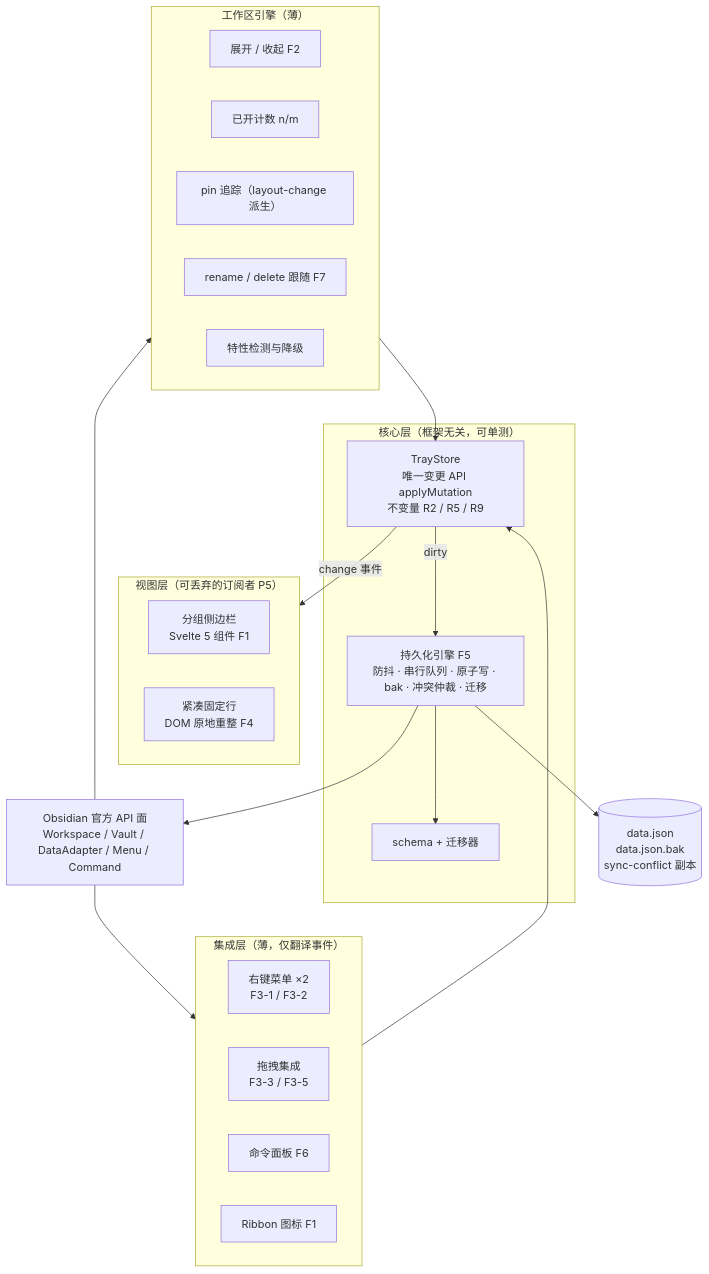
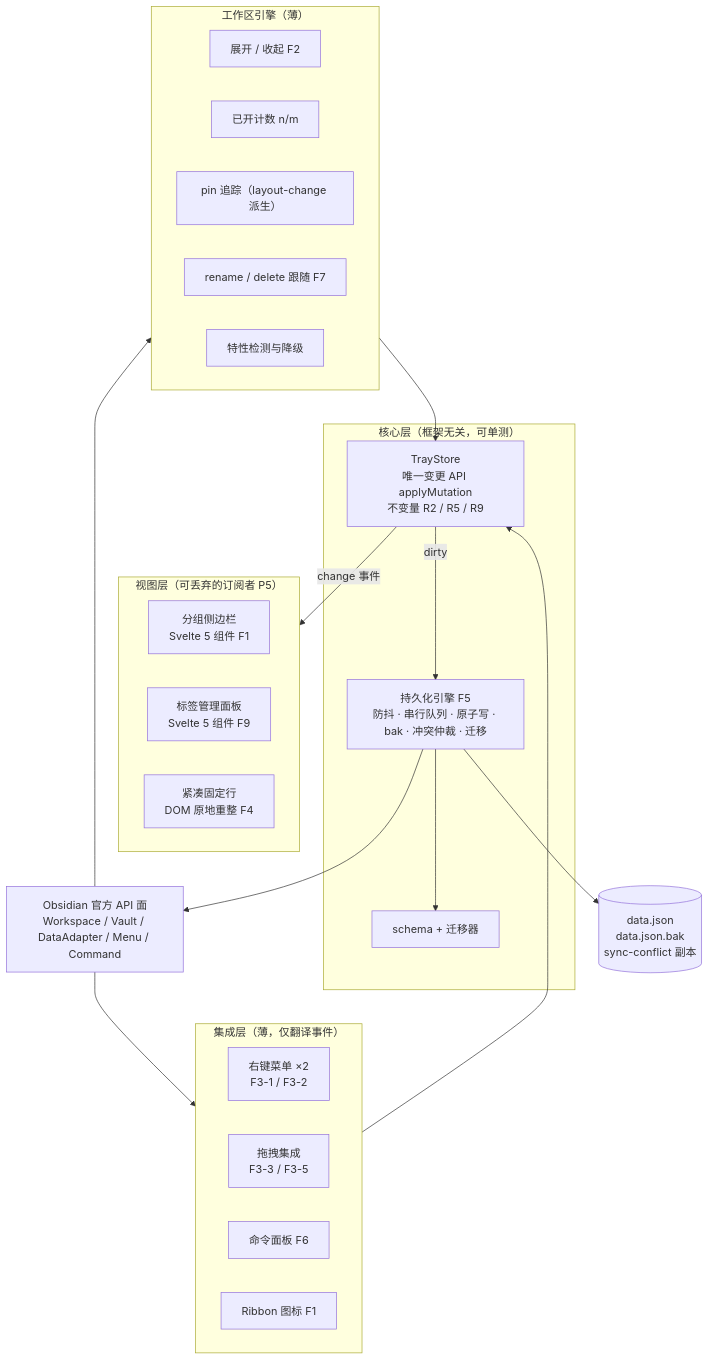
The first of 4 diagrams in docs/DESIGN.md (iceblyte/tab-tray), drawn with Mermaid before and after one commit. The commit also changed other lines of this file and 5 other files, not shown here.

````diff
--- a/docs/DESIGN.md
+++ b/docs/DESIGN.md
@@ -50,40 +50,41 @@
 ```mermaid
 flowchart TB
     OBS["Obsidian 官方 API 面<br/>Workspace / Vault / DataAdapter / Menu / Command"]
 
     subgraph INT["集成层（薄，仅翻译事件）"]
         MENU["右键菜单 ×2<br/>F3-1 / F3-2"]
         DND["拖拽集成<br/>F3-3 / F3-5"]
         CMD["命令面板 F6"]
         RIB["Ribbon 图标 F1"]
     end
 
     subgraph ENG["工作区引擎（薄）"]
         EXCOL["展开 / 收起 F2"]
         CNT["已开计数 n/m"]
         PIN["pin 追踪（layout-change 派生）"]
         FOL["rename / delete 跟随 F7"]
         CMP["特性检测与降级"]
     end
 
     subgraph UI["视图层（可丢弃的订阅者 P5）"]
         SB["分组侧边栏<br/>Svelte 5 组件 F1"]
+        TM["标签管理面板<br/>Svelte 5 组件 F9"]
         ROW["紧凑固定行<br/>DOM 原地重整 F4"]
     end
 
     subgraph CORE["核心层（框架无关，可单测）"]
         STORE["TrayStore<br/>唯一变更 API applyMutation<br/>不变量 R2 / R5 / R9"]
         PER["持久化引擎 F5<br/>防抖 · 串行队列 · 原子写 · bak · 冲突仲裁 · 迁移"]
         SCH["schema + 迁移器"]
     end
 
     OBS --> INT
     OBS --> ENG
     INT --> STORE
     ENG --> STORE
     STORE -->|"change 事件"| UI
     STORE -->|"dirty"| PER
     PER --> OBS
     PER --> SCH
     PER --> DISK[("data.json<br/>data.json.bak<br/>sync-conflict 副本")]
 ```
````
